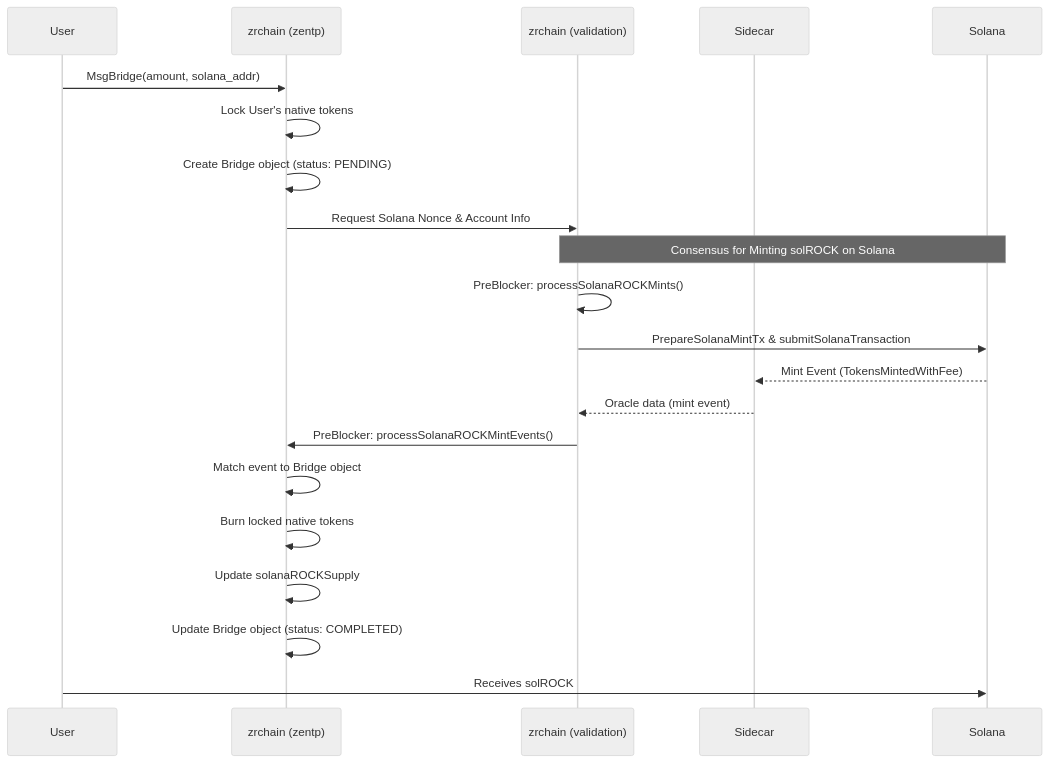
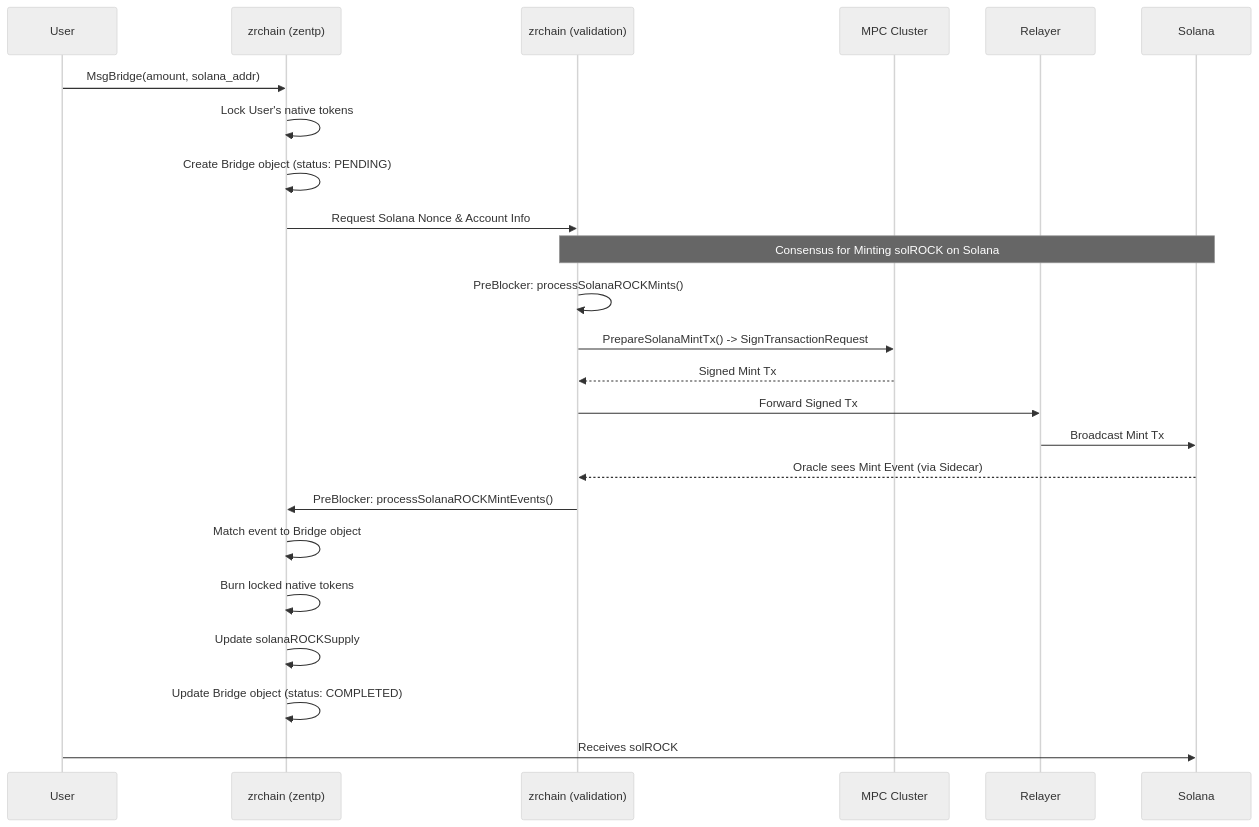
Before and after one commit to zenrocklabs/zrchain: the third of 4 diagrams in docs/README.md, drawn with Mermaid (neutral theme). The commit also changed other lines of this file, not shown here.

````diff
--- a/docs/README.md
+++ b/docs/README.md
@@ -120,27 +134,29 @@
 ```mermaid
 sequenceDiagram
     participant User
     participant zrchain as zrchain (zentp)
     participant zrchain_val as zrchain (validation)
-    participant Sidecar
+    participant MPC Cluster
+    participant Relayer
     participant Solana
 
     User->>zrchain: MsgBridge(amount, solana_addr)
     zrchain->>zrchain: Lock User's native tokens
     zrchain->>zrchain: Create Bridge object (status: PENDING)
     zrchain->>zrchain_val: Request Solana Nonce & Account Info
 
     Note over zrchain_val,Solana: Consensus for Minting solROCK on Solana
     zrchain_val->>zrchain_val: PreBlocker: processSolanaROCKMints()
-    zrchain_val->>Solana: PrepareSolanaMintTx & submitSolanaTransaction
+    zrchain_val->>MPC Cluster: PrepareSolanaMintTx() -> SignTransactionRequest
+    MPC Cluster-->>zrchain_val: Signed Mint Tx
+    zrchain_val->>Relayer: Forward Signed Tx
+    Relayer->>Solana: Broadcast Mint Tx
 
-    Solana-->>Sidecar: Mint Event (TokensMintedWithFee)
-    Sidecar-->>zrchain_val: Oracle data (mint event)
-
+    Solana-->>zrchain_val: Oracle sees Mint Event (via Sidecar)
     zrchain_val->>zrchain: PreBlocker: processSolanaROCKMintEvents()
     zrchain->>zrchain: Match event to Bridge object
     zrchain->>zrchain: Burn locked native tokens
     zrchain->>zrchain: Update solanaROCKSupply
     zrchain->>zrchain: Update Bridge object (status: COMPLETED)
     User->>Solana: Receives solROCK
 ```
````
